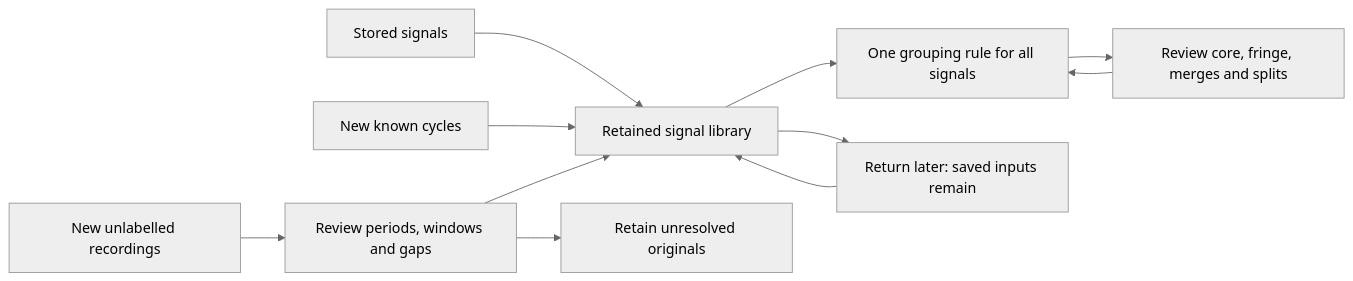
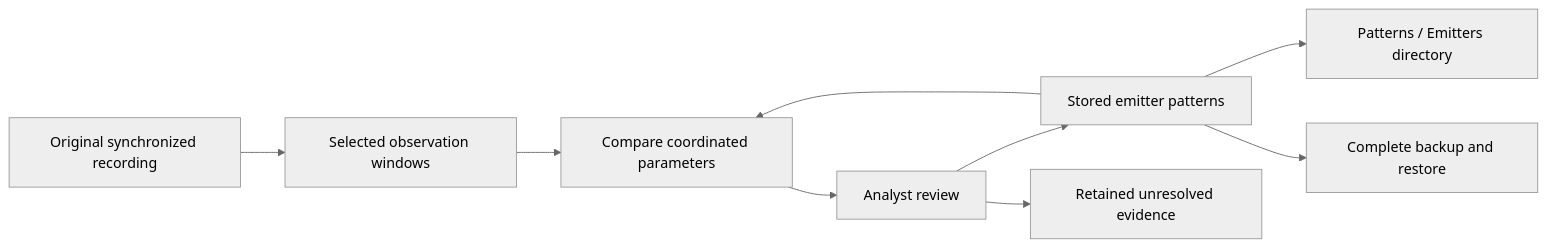
The diagram in README.md (iLikeToLie/signal-atlas), drawn with Mermaid (neutral theme) before and after one commit. The commit also changed other lines of this file and 68 other files, not shown here.

First line of the commit message:
Build coordinated emitter agility library for v0.1.6-preview.2.5

````diff
--- a/README.md
+++ b/README.md
@@ -11,13 +13,11 @@
 ```mermaid
 flowchart LR
-    S[Stored signals] --> L[Retained signal library]
-    C[New known cycles] --> L
-    R[New unlabelled recordings] --> P[Review periods, windows and gaps]
-    P --> L
-    P --> U[Retain unresolved originals]
-    L --> G[One grouping rule for all signals]
-    G --> H[Review core, fringe, merges and splits]
-    H --> G
-    L --> B[Return later: saved inputs remain]
-    B --> L
+    R[Original synchronized recording] --> W[Selected observation windows]
+    W --> C[Compare coordinated parameters]
+    L[Stored emitter patterns] --> C
+    C --> D[Analyst review]
+    D --> L
+    D --> U[Retained unresolved evidence]
+    L --> V[Patterns / Emitters directory]
+    L --> B[Complete backup and restore]
 ```
````
